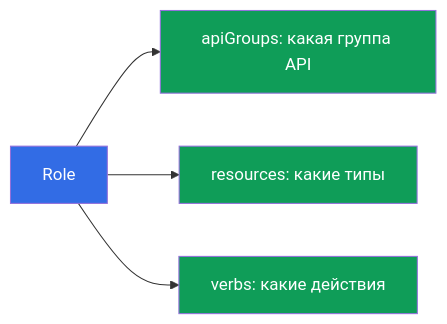
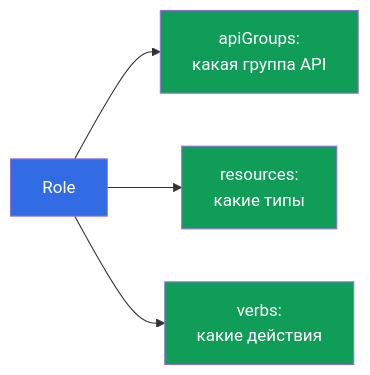
One commit to ViktorUJ/cks changed the second of 6 diagrams in tasks/cka/course/38/ru.md. Above: the diagram before and after it, drawn with Mermaid. The commit also changed other lines of this file and 30 other files, not shown here.

````diff
--- a/tasks/cka/course/38/ru.md
+++ b/tasks/cka/course/38/ru.md
@@ -70,10 +61,10 @@
 ```mermaid
 flowchart LR
-    role["Role"] --> ag["apiGroups: какая группа API"]
-    role --> res["resources: какие типы"]
-    role --> vb["verbs: какие действия"]
+    role["Role"] --> ag["apiGroups:<br>какая группа API"]
+    role --> res["resources:<br>какие типы"]
+    role --> vb["verbs:<br>какие действия"]
     style role fill:#326ce5,color:#fff
     style ag fill:#0f9d58,color:#fff
     style res fill:#0f9d58,color:#fff
     style vb fill:#0f9d58,color:#fff
 ```
````
